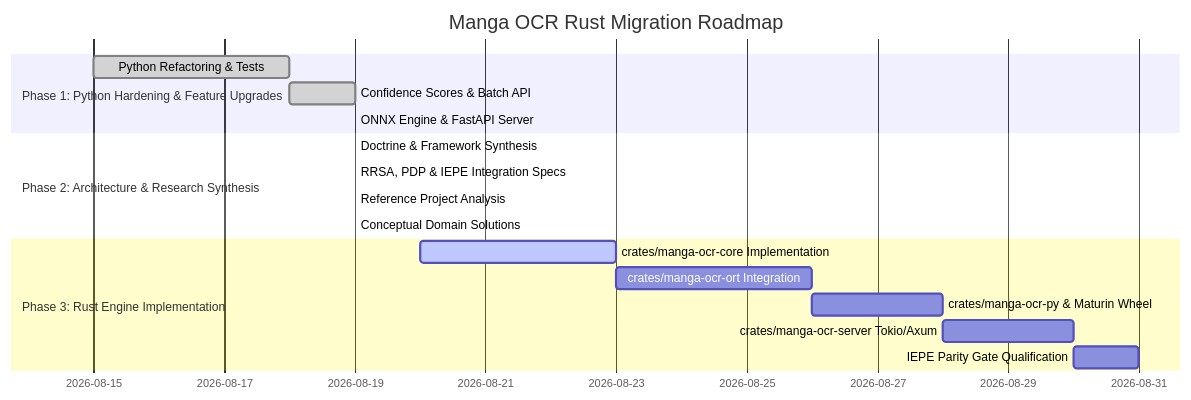
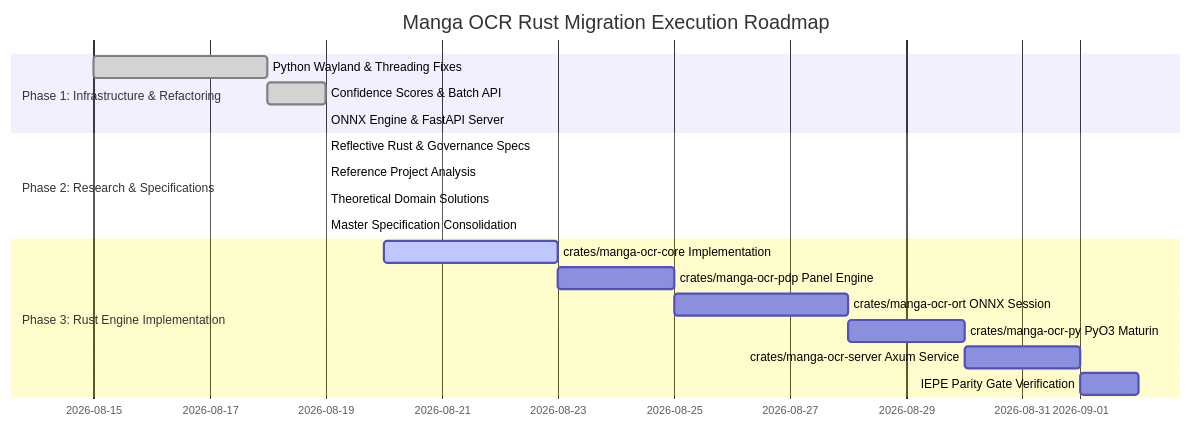
The second of 2 diagrams in docs/MASTER_ARCHITECTURE_SPECIFICATION.md (zachshallbetter/manga-ocr-rust), drawn with Mermaid before and after one commit. The commit also changed other lines of this file, not shown here.

Commit message:
docs: expand Master Architecture Specification with normative code contracts, Rust crate traits, and math formulations

````diff
--- a/docs/MASTER_ARCHITECTURE_SPECIFICATION.md
+++ b/docs/MASTER_ARCHITECTURE_SPECIFICATION.md
@@ -108,20 +395,21 @@
 ```mermaid
 gantt
-    title Manga OCR Rust Migration Roadmap
+    title Manga OCR Rust Migration Execution Roadmap
     dateFormat  YYYY-MM-DD
-    section Phase 1: Python Hardening & Feature Upgrades
-    Python Refactoring & Tests           :done,    p1, 2026-08-15, 2026-08-18
+    section Phase 1: Infrastructure & Refactoring
+    Python Wayland & Threading Fixes     :done,    p1, 2026-08-15, 2026-08-18
     Confidence Scores & Batch API        :done,    p2, 2026-08-18, 2026-08-19
     ONNX Engine & FastAPI Server         :done,    p3, 2026-08-19, 2026-08-19
-    section Phase 2: Architecture & Research Synthesis
-    Doctrine & Framework Synthesis       :done,    r1, 2026-08-19, 2026-08-19
-    RRSA, PDP & IEPE Integration Specs   :done,    r2, 2026-08-19, 2026-08-19
-    Reference Project Analysis           :done,    r3, 2026-08-19, 2026-08-19
-    Conceptual Domain Solutions          :done,    r4, 2026-08-19, 2026-08-19
+    section Phase 2: Research & Specifications
+    Reflective Rust & Governance Specs   :done,    r1, 2026-08-19, 2026-08-19
+    Reference Project Analysis           :done,    r2, 2026-08-19, 2026-08-19
+    Theoretical Domain Solutions         :done,    r3, 2026-08-19, 2026-08-19
+    Master Specification Consolidation   :done,    r4, 2026-08-19, 2026-08-19
     section Phase 3: Rust Engine Implementation
     crates/manga-ocr-core Implementation :active,  m1, 2026-08-20, 2026-08-23
-    crates/manga-ocr-ort Integration     :         m2, 2026-08-23, 2026-08-26
-    crates/manga-ocr-py & Maturin Wheel  :         m3, 2026-08-26, 2026-08-28
-    crates/manga-ocr-server Tokio/Axum   :         m4, 2026-08-28, 2026-08-30
-    IEPE Parity Gate Qualification       :         m5, 2026-08-30, 2026-08-31
+    crates/manga-ocr-pdp Panel Engine    :         m2, 2026-08-23, 2026-08-25
+    crates/manga-ocr-ort ONNX Session    :         m3, 2026-08-25, 2026-08-28
+    crates/manga-ocr-py PyO3 Maturin     :         m4, 2026-08-28, 2026-08-30
+    crates/manga-ocr-server Axum Service :         m5, 2026-08-30, 2026-09-01
+    IEPE Parity Gate Verification        :         m6, 2026-09-01, 2026-09-02
 ```
````
